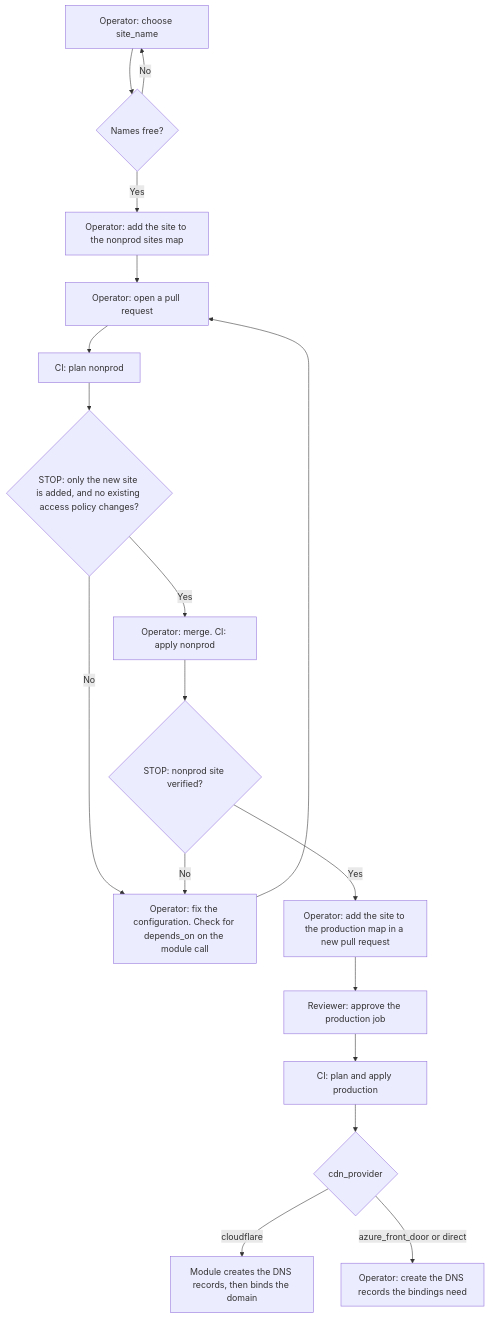
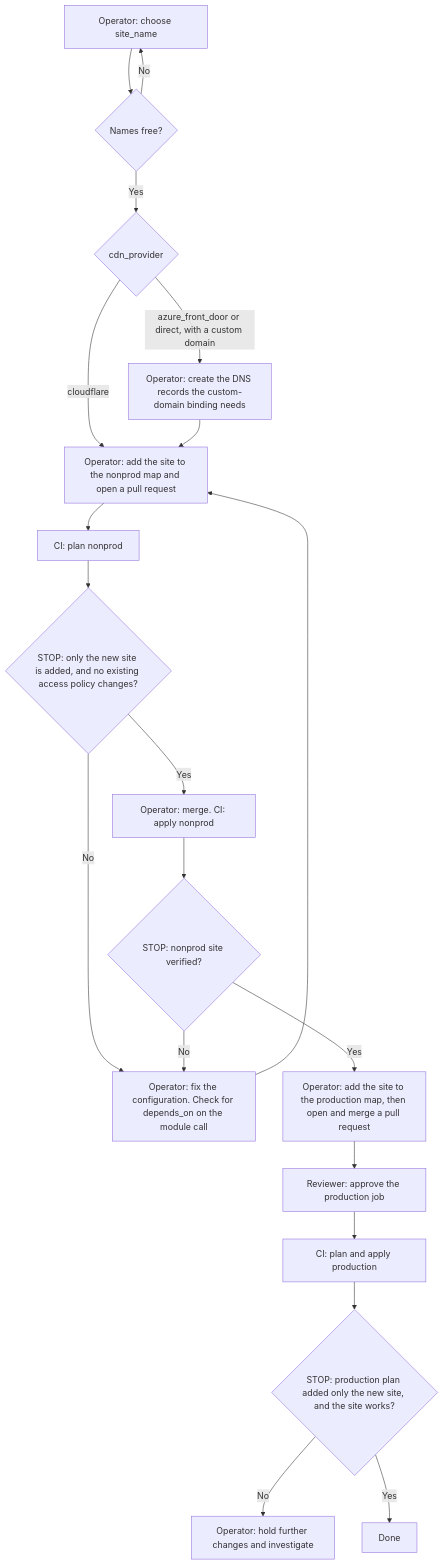
One commit to agenticcodingops/azure-wordpress changed the second of 2 diagrams in docs/deployment-guide.md. Above: the diagram before and after it, drawn with Mermaid. The commit also changed other lines of this file and 5 other files, not shown here.

````diff
--- a/docs/deployment-guide.md
+++ b/docs/deployment-guide.md
@@ -438,20 +469,22 @@
 ```mermaid
 flowchart TD
     A["Operator: choose site_name"] --> B{"Names free?"}
     B -- No --> A
-    B -- Yes --> C["Operator: add the site to the nonprod sites map"]
-    C --> D["Operator: open a pull request"]
-    D --> E["CI: plan nonprod"]
-    E --> F{"STOP: only the new site is added, and no existing access policy changes?"}
-    F -- No --> G["Operator: fix the configuration. Check for depends_on on the module call"]
-    G --> D
-    F -- Yes --> H["Operator: merge. CI: apply nonprod"]
-    H --> I{"STOP: nonprod site verified?"}
-    I -- No --> G
-    I -- Yes --> J["Operator: add the site to the production map in a new pull request"]
-    J --> K["Reviewer: approve the production job"]
-    K --> L["CI: plan and apply production"]
-    L --> M{"cdn_provider"}
-    M -- cloudflare --> N["Module creates the DNS records, then binds the domain"]
-    M -- "azure_front_door or direct" --> O["Operator: create the DNS records the bindings need"]
+    B -- Yes --> C{"cdn_provider"}
+    C -- cloudflare --> E["Operator: add the site to the nonprod map and open a pull request"]
+    C -- "azure_front_door or direct, with a custom domain" --> D["Operator: create the DNS records the custom-domain binding needs"]
+    D --> E
+    E --> F["CI: plan nonprod"]
+    F --> G{"STOP: only the new site is added, and no existing access policy changes?"}
+    G -- No --> H["Operator: fix the configuration. Check for depends_on on the module call"]
+    H --> E
+    G -- Yes --> I["Operator: merge. CI: apply nonprod"]
+    I --> J{"STOP: nonprod site verified?"}
+    J -- No --> H
+    J -- Yes --> K["Operator: add the site to the production map, then open and merge a pull request"]
+    K --> L["Reviewer: approve the production job"]
+    L --> M["CI: plan and apply production"]
+    M --> N{"STOP: production plan added only the new site, and the site works?"}
+    N -- No --> O["Operator: hold further changes and investigate"]
+    N -- Yes --> P["Done"]
 ```
````
